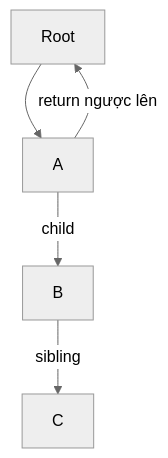
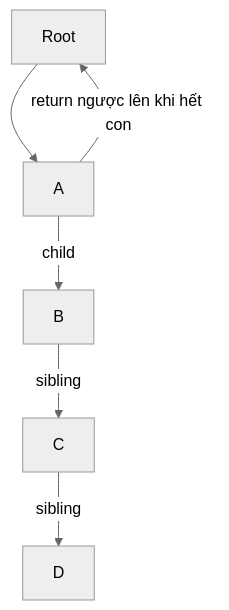
One commit to vanhiep99w/react-learn changed the fourth of 10 diagrams in content/docs/react-internals/fiber-reconciliation.md. Above: the diagram before and after it, drawn with Mermaid (neutral theme). The commit also changed other lines of this file, not shown here.

````diff
--- a/content/docs/react-internals/fiber-reconciliation.md
+++ b/content/docs/react-internals/fiber-reconciliation.md
@@ -91,7 +204,8 @@
 ```mermaid
 graph TD
     Root --> A
     A -->|child| B
     B -->|sibling| C
-    A -->|return ngược lên| Root
+    C -->|sibling| D
+    A -->|return ngược lên khi hết con| Root
 ```
````
